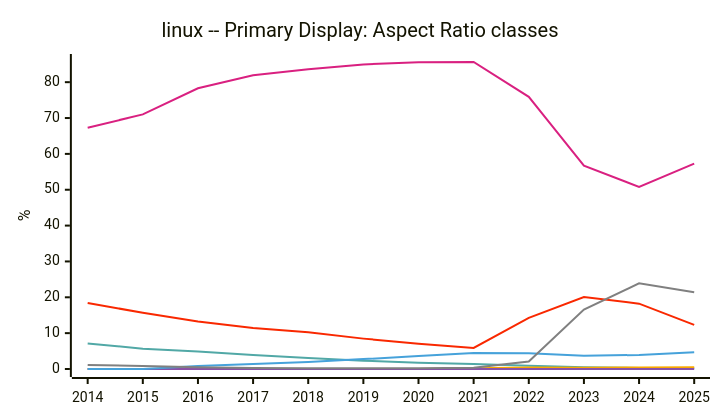
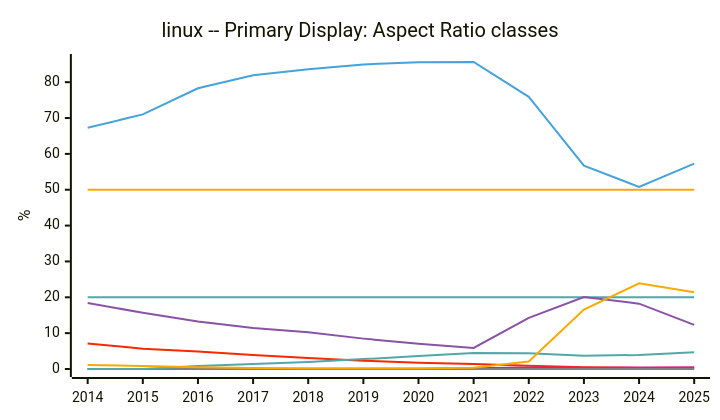
Diagram 22 of 29 in README.md (jdegene/steamHWsurvey), drawn with Mermaid before and after one commit. The commit also changed other lines of this file and 1 other file, not shown here.

````diff
--- a/README.md
+++ b/README.md
@@ -699,25 +703,27 @@
 ```mermaid
 ---
 config:
     xyChart:
         width: 700
         height: 400
         
     themeVariables:
         xyChart:
             plotColorPalette: "#51a8a6,#f9a900,#f92800,#d92080,#8a52a6,#46a2da,#808080"
 
 --- 
 
     xychart-beta
         title "linux -- Primary Display: Aspect Ratio classes"
         x-axis [2014, 2015, 2016, 2017, 2018, 2019, 2020, 2021, 2022, 2023, 2024, 2025]
     y-axis "%" 
+ line [20, 20, 20, 20, 20, 20, 20, 20, 20, 20, 20, 20]
+ line [50, 50, 50, 50, 50, 50, 50, 50, 50, 50, 50, 50]
     line [7.112222222222223, 5.660000000000001, 4.904444444444445, 3.936, 3.0725000000000002, 2.310833333333333, 1.728888888888889, 1.4133333333333333, 0.8725, 0.49499999999999994, 0.3066666666666667, 0.3109090909090909]
     line [0, 0, 0, 0, 0, 0, 0, 0.22999999999999998, 0.3885714285714285, 0.33249999999999996, 0.4291666666666667, 0.45636363636363636]
     line [18.425555555555555, 15.672222222222224, 13.25222222222222, 11.418, 10.223333333333334, 8.471666666666666, 7.055555555555555, 5.881666666666666, 14.26, 20.075, 18.228333333333335, 12.301818181818183]
     line [67.28999999999999, 71.01888888888888, 78.31333333333332, 81.91499999999999, 83.63666666666667, 84.96333333333334, 85.54555555555557, 85.62833333333334, 75.9075, 56.74, 50.76500000000001, 57.27909090909091]
     line [0, 0, 0, 0, 0, 0, 0, 0, 0, 0, 0, 0]
     line [0, 0, 0.8077777777777777, 1.4169999999999998, 1.9241666666666668, 2.7583333333333333, 3.604444444444445, 4.47, 4.4262500000000005, 3.7125, 3.9149999999999996, 4.686363636363636]
     line [1.127777777777778, 0.8177777777777777, 0.5022222222222222, 0.3, 0.22999999999999998, 0.22, 0.21, 0.3383333333333333, 2.09375, 16.575, 23.8975, 21.39909090909091]
 ``` 
````
